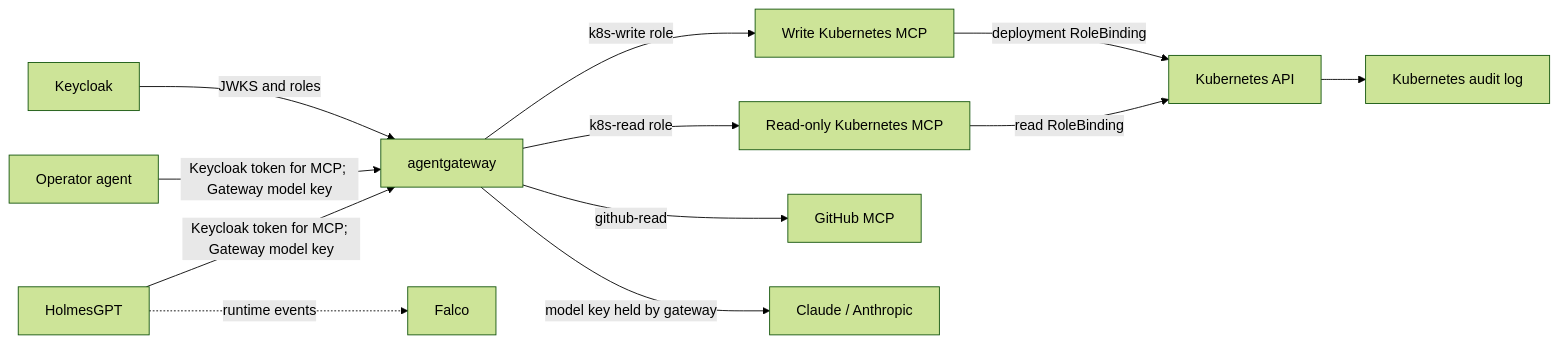
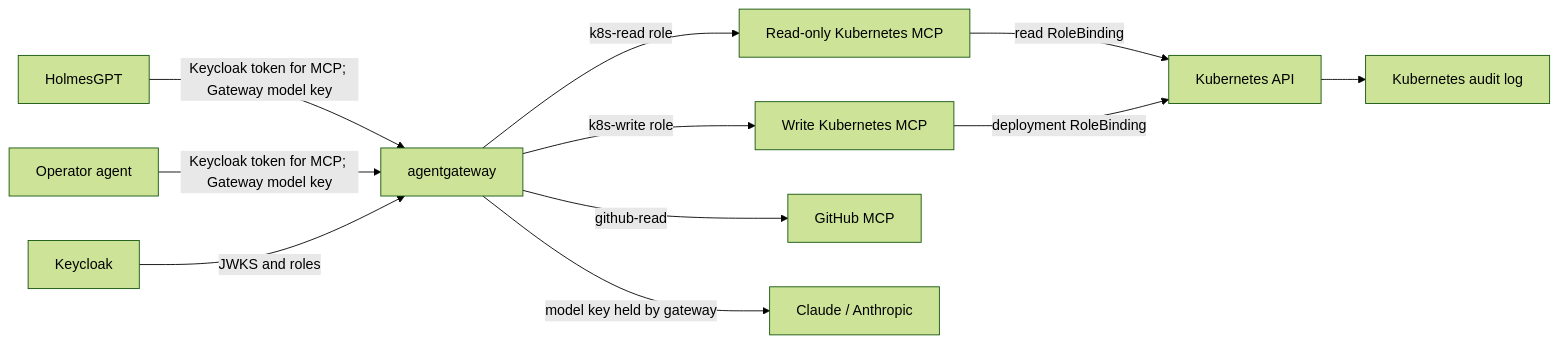
The diagram in README.md (fsclyde/kubernetes-sre-security-lab), drawn with Mermaid (forest theme) before and after one commit. The commit also changed other lines of this file, not shown here.

Commit message:
Remove Falco from lab overview

````diff
--- a/README.md
+++ b/README.md
@@ -24,14 +24,13 @@
 ```mermaid
 flowchart LR
     H[HolmesGPT] -->|Keycloak token for MCP; Gateway model key| G[agentgateway]
     O[Operator agent] -->|Keycloak token for MCP; Gateway model key| G
     K[Keycloak] -->|JWKS and roles| G
     G -->|k8s-read role| R[Read-only Kubernetes MCP]
     G -->|k8s-write role| W[Write Kubernetes MCP]
     G -->|github-read| GH[GitHub MCP]
     G -->|model key held by gateway| L[Claude / Anthropic]
     R -->|read RoleBinding| API[Kubernetes API]
     W -->|deployment RoleBinding| API
     API --> AUD[Kubernetes audit log]
-    H -. runtime events .-> F[Falco]
 ```
````
